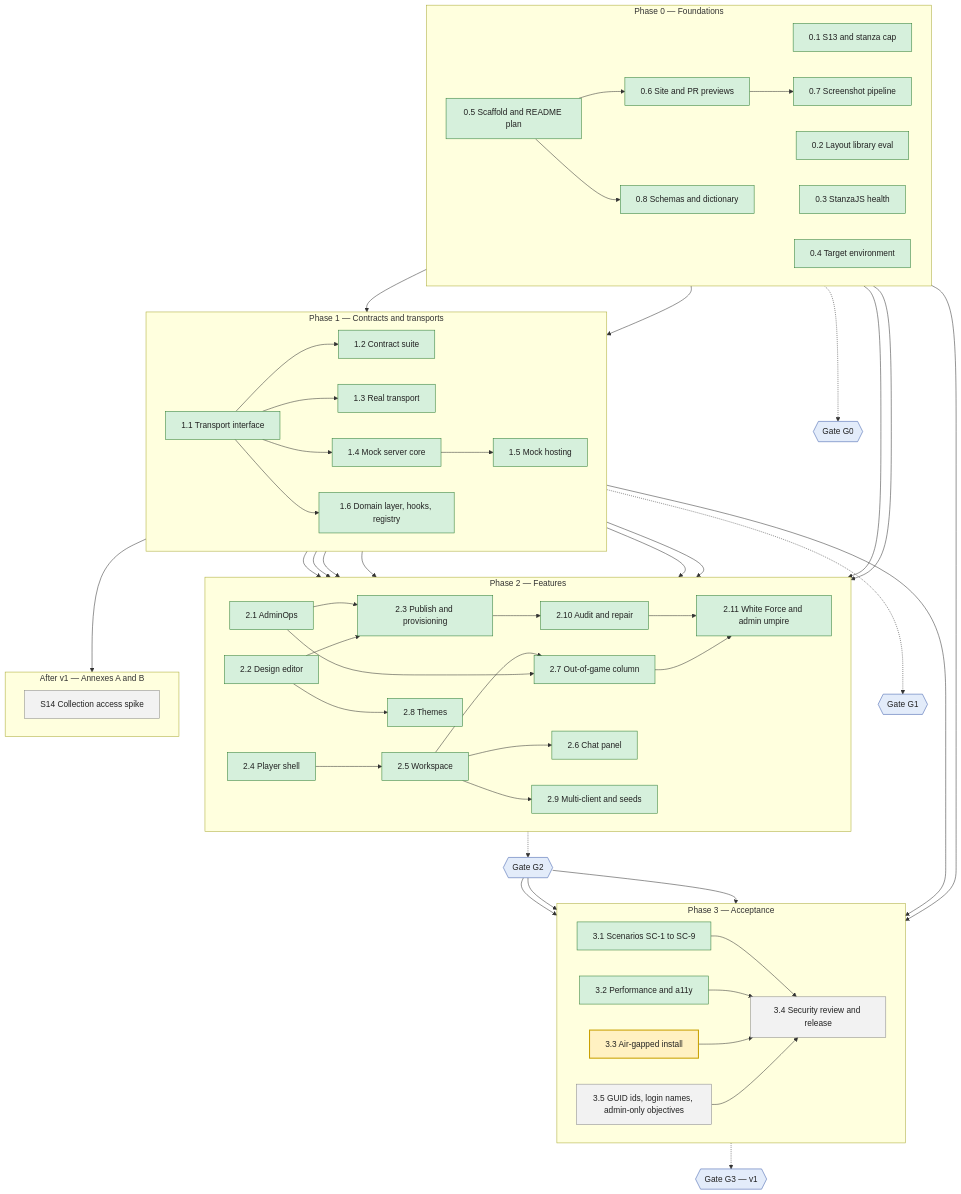
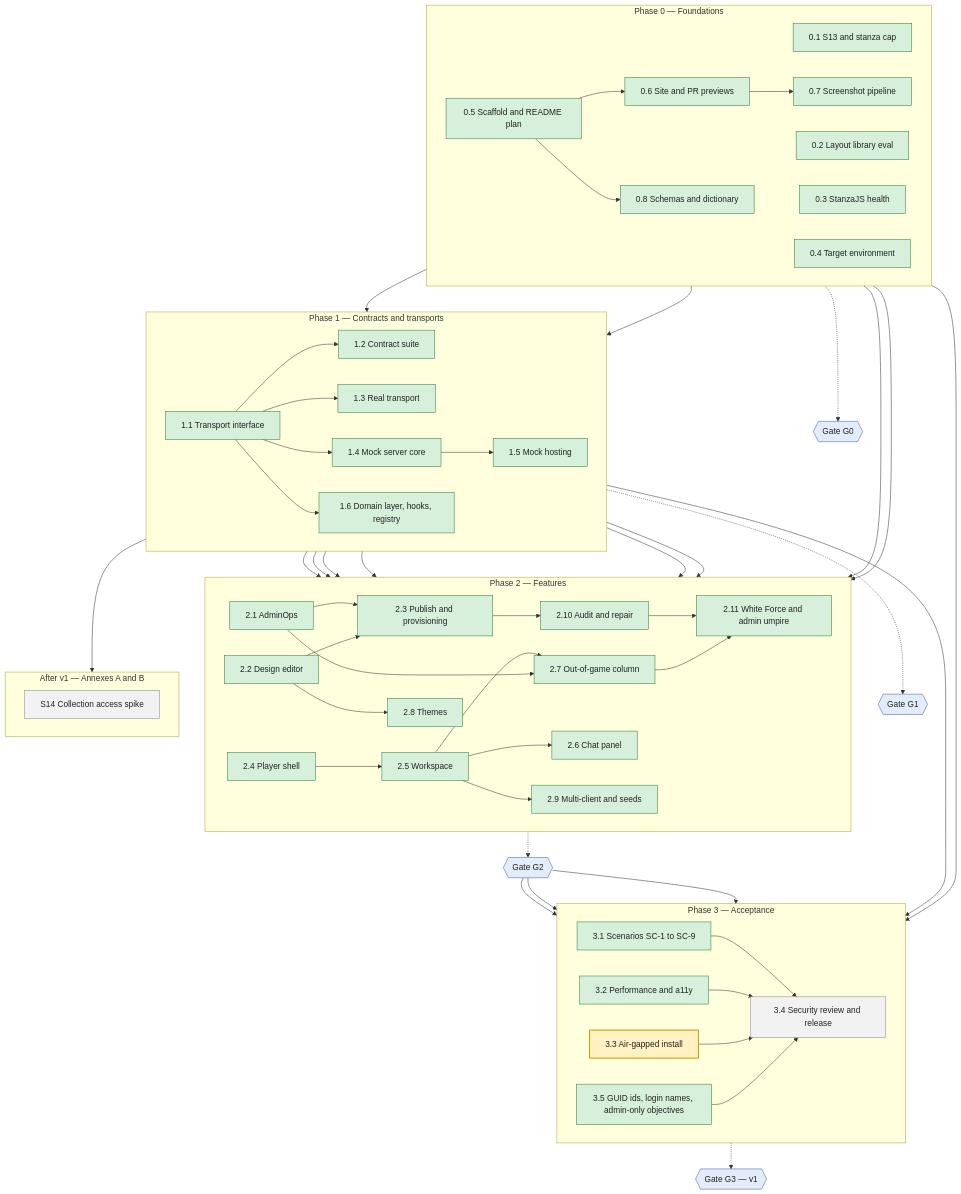
The diagram in README.md (serge-web/war-rooms-x2), drawn with Mermaid before and after one commit. The commit also changed 128 other files, not shown here.

````diff
--- a/README.md
+++ b/README.md
@@ -87,8 +87,8 @@
     classDef active fill:#fff1c2,stroke:#c9a000,color:#222,stroke-width:2px
     classDef done fill:#d6f0dc,stroke:#2e7d32,color:#222
     classDef gate fill:#e3ecfa,stroke:#3b5bab,color:#222
-    class wp34,wp35,wps14 todo
+    class wp34,wps14 todo
     class wp33 active
-    class wp01,wp02,wp03,wp04,wp05,wp06,wp07,wp08,wp11,wp12,wp13,wp14,wp15,wp16,wp21,wp22,wp23,wp24,wp25,wp26,wp27,wp28,wp29,wp210,wp211,wp31,wp32 done
+    class wp01,wp02,wp03,wp04,wp05,wp06,wp07,wp08,wp11,wp12,wp13,wp14,wp15,wp16,wp21,wp22,wp23,wp24,wp25,wp26,wp27,wp28,wp29,wp210,wp211,wp31,wp32,wp35 done
     class G0,G1,G2,G3 gate
 ```
````
